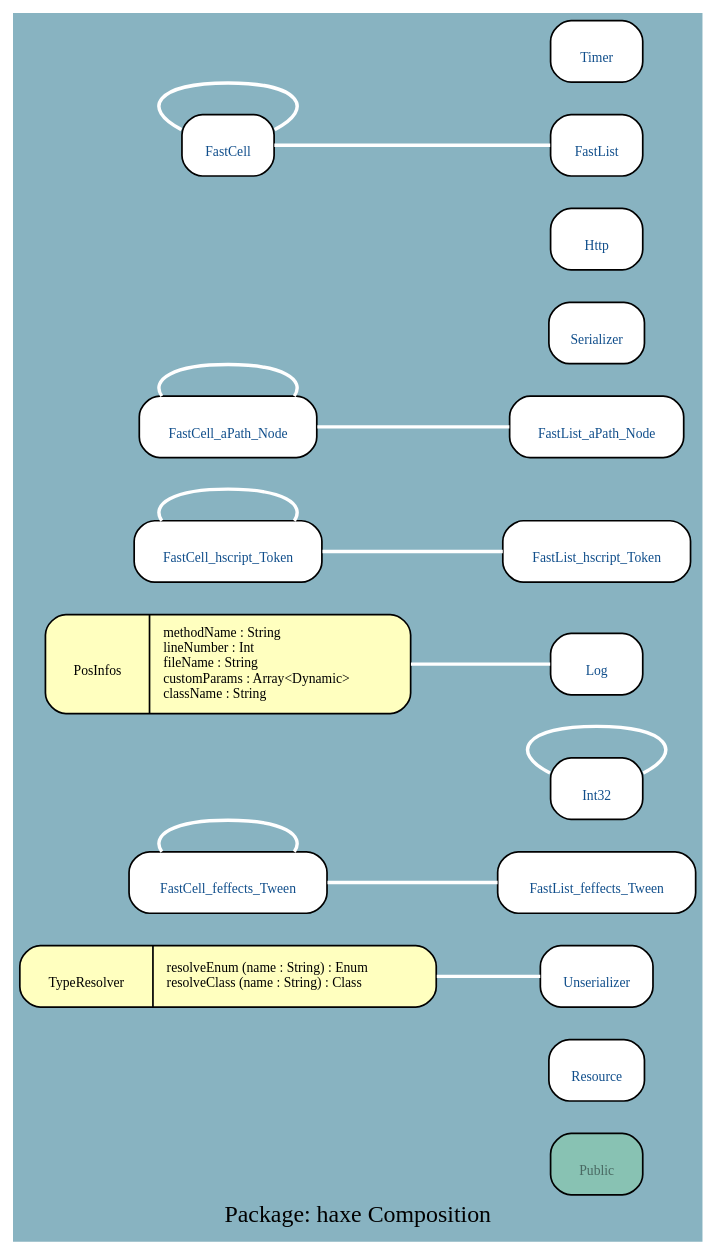
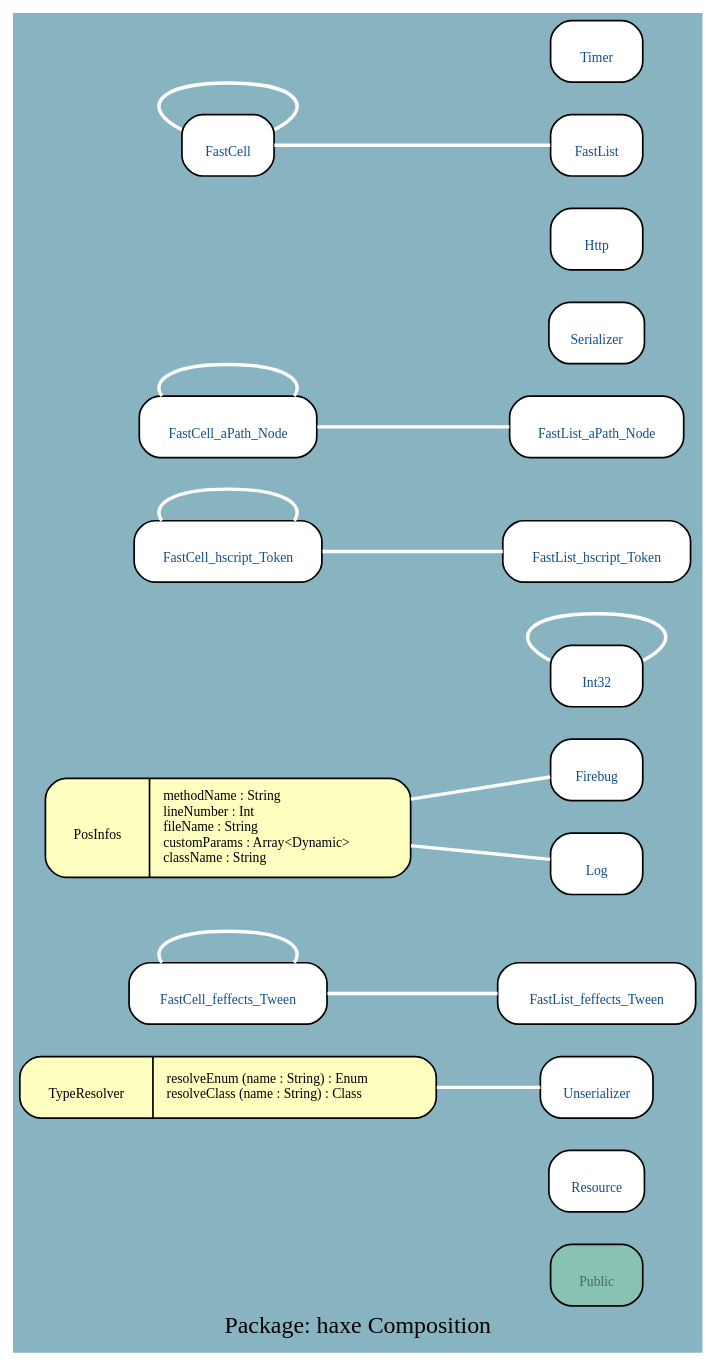
Before and after one commit to google-code-export/haxegui: the diagram in docs/uml/haxe_C.dot, drawn with Graphviz. The commit also changed 315 other files, not shown here.

```diff
--- a/docs/uml/haxe_C.dot
+++ b/docs/uml/haxe_C.dot
@@ -1,36 +1,38 @@
 digraph uml {
 	graph [label="Package: haxe Composition", ratio=compress, rankdir=RL, smoothing=avg_dist, overlap=false, fontname="DejaVu Sans Condenesed", fontsize=14, bgcolor="#88B3C1", fontcolor=black];
 	node [label="\N", fontname="DejaVu Sans Condenesed", fontsize=8, shape=record, color=black, fontcolor=black];
 	edge [fontname="DejaVu Sans Condenesed", fontsize=8, color=black, fontcolor=black];
 	graph [lp="198,12",
-		bb="0,0,396,702"];
+		bb="0,0,396,765"];
 	"haxe.Public" [label="{\nPublic}", fontcolor="#496962", style="rounded,filled", fillcolor="#88c2b3", URL="../types/haxe/Public.html", tooltip="\nPublic", pos="338,43", rects="311,25,365,61", width="0.75", height="0.50"];
 	"haxe.Resource" [label="{\nResource}", fontcolor="#104E8B", style="rounded,filled", fillcolor=white, URL="../types/haxe/Resource.html", tooltip="\nResource", pos="338,97", rects="310,79,366,115", width="0.78", height="0.50"];
 	"haxe.Unserializer" [label="{\nUnserializer}", fontcolor="#104E8B", style="rounded,filled", fillcolor=white, URL="../types/haxe/Unserializer.html", tooltip="\nUnserializer", pos="338,151", rects="305,133,371,169", width="0.92", height="0.50"];
 	"haxe.TypeResolver" [label="{\nTypeResolver|resolveEnum (name : String) : Enum\lresolveClass (name : String) : Class\l}", style="rounded,filled", fillcolor="#ffffbf", pos="122,151", rects="0,133,72,169 72,133,244,169", width="3.39", height="0.50"];
 	"haxe.FastCell_feffects_Tween" [label="{\nFastCell_feffects_Tween}", fontcolor="#104E8B", style="rounded,filled", fillcolor=white, URL="../types/haxe/FastCell_feffects_Tween.html", tooltip="\nFastCell_feffects_Tween", pos="122,205", rects="64,187,181,223", width="1.61", height="0.50"];
-	"haxe.Int32" [label="{\nInt32}", fontcolor="#104E8B", style="rounded,filled", fillcolor=white, URL="../types/haxe/Int32.html", tooltip="\nInt32", pos="338,259", rects="311,241,365,277", width="0.75", height="0.50"];
-	"haxe.PosInfos" [label="{\nPosInfos|methodName : String\llineNumber : Int\lfileName : String\lcustomParams : Array\<Dynamic\>\lclassName : String\l}", style="rounded,filled", fillcolor="#ffffbf", pos="122,331", rects="15,302,68,360 68,302,230,360", width="2.97", height="0.81"];
-	"haxe.FastList_hscript_Token" [label="{\nFastList_hscript_Token}", fontcolor="#104E8B", style="rounded,filled", fillcolor=white, URL="../types/haxe/FastList_hscript_Token.html", tooltip="\nFastList_hscript_Token", pos="338,396", rects="283,378,394,414", width="1.53", height="0.50"];
-	"haxe.FastCell_hscript_Token" [label="{\nFastCell_hscript_Token}", fontcolor="#104E8B", style="rounded,filled", fillcolor=white, URL="../types/haxe/FastCell_hscript_Token.html", tooltip="\nFastCell_hscript_Token", pos="122,396", rects="67,378,178,414", width="1.53", height="0.50"];
-	"haxe.FastCell_aPath_Node" [label="{\nFastCell_aPath_Node}", fontcolor="#104E8B", style="rounded,filled", fillcolor=white, URL="../types/haxe/FastCell_aPath_Node.html", tooltip="\nFastCell_aPath_Node", pos="122,468", rects="70,450,174,486", width="1.44", height="0.50"];
-	"haxe.FastList_aPath_Node" [label="{\nFastList_aPath_Node}", fontcolor="#104E8B", style="rounded,filled", fillcolor=white, URL="../types/haxe/FastList_aPath_Node.html", tooltip="\nFastList_aPath_Node", pos="338,468", rects="287,450,390,486", width="1.42", height="0.50"];
+	"haxe.Firebug" [label="{\nFirebug}", fontcolor="#104E8B", style="rounded,filled", fillcolor=white, URL="../types/haxe/Firebug.html", tooltip="\nFirebug", pos="338,333", rects="311,315,365,351", width="0.75", height="0.50"];
+	"haxe.PosInfos" [label="{\nPosInfos|methodName : String\llineNumber : Int\lfileName : String\lcustomParams : Array\<Dynamic\>\lclassName : String\l}", style="rounded,filled", fillcolor="#ffffbf", pos="122,300", rects="15,271,68,329 68,271,230,329", width="2.97", height="0.81"];
+	"haxe.Int32" [label="{\nInt32}", fontcolor="#104E8B", style="rounded,filled", fillcolor=white, URL="../types/haxe/Int32.html", tooltip="\nInt32", pos="338,387", rects="311,369,365,405", width="0.75", height="0.50"];
+	"haxe.FastList_hscript_Token" [label="{\nFastList_hscript_Token}", fontcolor="#104E8B", style="rounded,filled", fillcolor=white, URL="../types/haxe/FastList_hscript_Token.html", tooltip="\nFastList_hscript_Token", pos="338,459", rects="283,441,394,477", width="1.53", height="0.50"];
+	"haxe.FastCell_hscript_Token" [label="{\nFastCell_hscript_Token}", fontcolor="#104E8B", style="rounded,filled", fillcolor=white, URL="../types/haxe/FastCell_hscript_Token.html", tooltip="\nFastCell_hscript_Token", pos="122,459", rects="67,441,178,477", width="1.53", height="0.50"];
+	"haxe.FastCell_aPath_Node" [label="{\nFastCell_aPath_Node}", fontcolor="#104E8B", style="rounded,filled", fillcolor=white, URL="../types/haxe/FastCell_aPath_Node.html", tooltip="\nFastCell_aPath_Node", pos="122,531", rects="70,513,174,549", width="1.44", height="0.50"];
+	"haxe.FastList_aPath_Node" [label="{\nFastList_aPath_Node}", fontcolor="#104E8B", style="rounded,filled", fillcolor=white, URL="../types/haxe/FastList_aPath_Node.html", tooltip="\nFastList_aPath_Node", pos="338,531", rects="287,513,390,549", width="1.42", height="0.50"];
 	"haxe.FastList_feffects_Tween" [label="{\nFastList_feffects_Tween}", fontcolor="#104E8B", style="rounded,filled", fillcolor=white, URL="../types/haxe/FastList_feffects_Tween.html", tooltip="\nFastList_feffects_Tween", pos="338,205", rects="280,187,396,223", width="1.61", height="0.50"];
-	"haxe.Log" [label="{\nLog}", fontcolor="#104E8B", style="rounded,filled", fillcolor=white, URL="../types/haxe/Log.html", tooltip="\nLog", pos="338,331", rects="311,313,365,349", width="0.75", height="0.50"];
-	"haxe.Serializer" [label="{\nSerializer}", fontcolor="#104E8B", style="rounded,filled", fillcolor=white, URL="../types/haxe/Serializer.html", tooltip="\nSerializer", pos="338,522", rects="310,504,366,540", width="0.78", height="0.50"];
-	"haxe.Http" [label="{\nHttp}", fontcolor="#104E8B", style="rounded,filled", fillcolor=white, URL="../types/haxe/Http.html", tooltip="\nHttp", pos="338,576", rects="311,558,365,594", width="0.75", height="0.50"];
-	"haxe.FastCell" [label="{\nFastCell}", fontcolor="#104E8B", style="rounded,filled", fillcolor=white, URL="../types/haxe/FastCell.html", tooltip="\nFastCell", pos="122,630", rects="95,612,149,648", width="0.75", height="0.50"];
-	"haxe.FastList" [label="{\nFastList}", fontcolor="#104E8B", style="rounded,filled", fillcolor=white, URL="../types/haxe/FastList.html", tooltip="\nFastList", pos="338,630", rects="311,612,365,648", width="0.75", height="0.50"];
-	"haxe.Timer" [label="{\nTimer}", fontcolor="#104E8B", style="rounded,filled", fillcolor=white, URL="../types/haxe/Timer.html", tooltip="\nTimer", pos="338,684", rects="311,666,365,702", width="0.75", height="0.50"];
+	"haxe.Log" [label="{\nLog}", fontcolor="#104E8B", style="rounded,filled", fillcolor=white, URL="../types/haxe/Log.html", tooltip="\nLog", pos="338,279", rects="311,261,365,297", width="0.75", height="0.50"];
+	"haxe.Serializer" [label="{\nSerializer}", fontcolor="#104E8B", style="rounded,filled", fillcolor=white, URL="../types/haxe/Serializer.html", tooltip="\nSerializer", pos="338,585", rects="310,567,366,603", width="0.78", height="0.50"];
+	"haxe.Http" [label="{\nHttp}", fontcolor="#104E8B", style="rounded,filled", fillcolor=white, URL="../types/haxe/Http.html", tooltip="\nHttp", pos="338,639", rects="311,621,365,657", width="0.75", height="0.50"];
+	"haxe.FastCell" [label="{\nFastCell}", fontcolor="#104E8B", style="rounded,filled", fillcolor=white, URL="../types/haxe/FastCell.html", tooltip="\nFastCell", pos="122,693", rects="95,675,149,711", width="0.75", height="0.50"];
+	"haxe.FastList" [label="{\nFastList}", fontcolor="#104E8B", style="rounded,filled", fillcolor=white, URL="../types/haxe/FastList.html", tooltip="\nFastList", pos="338,693", rects="311,675,365,711", width="0.75", height="0.50"];
+	"haxe.Timer" [label="{\nTimer}", fontcolor="#104E8B", style="rounded,filled", fillcolor=white, URL="../types/haxe/Timer.html", tooltip="\nTimer", pos="338,747", rects="311,729,365,765", width="0.75", height="0.50"];
 	"haxe.Unserializer" -> "haxe.TypeResolver" [color=white, style=bold, arrowhead=none, arrowtail=diamond, arrowsize=1, pos="s,305,151 293,151 278,151 261,151 244,151"];
 	"haxe.FastCell_feffects_Tween" -> "haxe.FastCell_feffects_Tween" [color=white, style=bold, arrowhead=none, arrowtail=diamond, arrowsize=1, pos="s,161,223 158,235 152,239 140,241 122,241 90,241 77,233 83,223"];
-	"haxe.Int32" -> "haxe.Int32" [color=white, style=bold, arrowhead=none, arrowtail=diamond, arrowsize=1, pos="s,365,268 375,275 385,285 372,295 338,295 296,295 286,280 311,268"];
-	"haxe.FastList_hscript_Token" -> "haxe.FastCell_hscript_Token" [color=white, style=bold, arrowhead=none, arrowtail=diamond, arrowsize=1, pos="s,283,396 271,396 241,396 206,396 178,396"];
-	"haxe.FastCell_aPath_Node" -> "haxe.FastCell_aPath_Node" [color=white, style=bold, arrowhead=none, arrowtail=diamond, arrowsize=1, pos="s,161,486 158,498 152,502 140,504 122,504 90,504 77,496 83,486"];
-	"haxe.FastList_aPath_Node" -> "haxe.FastCell_aPath_Node" [color=white, style=bold, arrowhead=none, arrowtail=diamond, arrowsize=1, pos="s,287,468 275,468 243,468 205,468 174,468"];
-	"haxe.FastCell_hscript_Token" -> "haxe.FastCell_hscript_Token" [color=white, style=bold, arrowhead=none, arrowtail=diamond, arrowsize=1, pos="s,161,414 158,426 152,430 140,432 122,432 90,432 77,424 83,414"];
+	"haxe.Firebug" -> "haxe.PosInfos" [color=white, style=bold, arrowhead=none, arrowtail=diamond, arrowsize=1, pos="s,311,329 299,327 279,324 255,320 230,317"];
+	"haxe.Int32" -> "haxe.Int32" [color=white, style=bold, arrowhead=none, arrowtail=diamond, arrowsize=1, pos="s,365,396 375,403 385,413 372,423 338,423 296,423 286,408 311,396"];
+	"haxe.FastList_hscript_Token" -> "haxe.FastCell_hscript_Token" [color=white, style=bold, arrowhead=none, arrowtail=diamond, arrowsize=1, pos="s,283,459 271,459 241,459 206,459 178,459"];
+	"haxe.FastCell_aPath_Node" -> "haxe.FastCell_aPath_Node" [color=white, style=bold, arrowhead=none, arrowtail=diamond, arrowsize=1, pos="s,161,549 158,561 152,565 140,567 122,567 90,567 77,559 83,549"];
+	"haxe.FastList_aPath_Node" -> "haxe.FastCell_aPath_Node" [color=white, style=bold, arrowhead=none, arrowtail=diamond, arrowsize=1, pos="s,287,531 275,531 243,531 205,531 174,531"];
+	"haxe.FastCell_hscript_Token" -> "haxe.FastCell_hscript_Token" [color=white, style=bold, arrowhead=none, arrowtail=diamond, arrowsize=1, pos="s,161,477 158,489 152,493 140,495 122,495 90,495 77,487 83,477"];
 	"haxe.FastList_feffects_Tween" -> "haxe.FastCell_feffects_Tween" [color=white, style=bold, arrowhead=none, arrowtail=diamond, arrowsize=1, pos="s,280,205 268,205 240,205 208,205 181,205"];
-	"haxe.Log" -> "haxe.PosInfos" [color=white, style=bold, arrowhead=none, arrowtail=diamond, arrowsize=1, pos="s,311,331 299,331 279,331 255,331 230,331"];
-	"haxe.FastCell" -> "haxe.FastCell" [color=white, style=bold, arrowhead=none, arrowtail=diamond, arrowsize=1, pos="s,149,639 159,646 169,656 156,666 122,666 80,666 70,651 95,639"];
-	"haxe.FastList" -> "haxe.FastCell" [color=white, style=bold, arrowhead=none, arrowtail=diamond, arrowsize=1, pos="s,311,630 299,630 256,630 187,630 149,630"];
+	"haxe.Log" -> "haxe.PosInfos" [color=white, style=bold, arrowhead=none, arrowtail=diamond, arrowsize=1, pos="s,311,282 299,283 279,285 255,287 230,289"];
+	"haxe.FastCell" -> "haxe.FastCell" [color=white, style=bold, arrowhead=none, arrowtail=diamond, arrowsize=1, pos="s,149,702 159,709 169,719 156,729 122,729 80,729 70,714 95,702"];
+	"haxe.FastList" -> "haxe.FastCell" [color=white, style=bold, arrowhead=none, arrowtail=diamond, arrowsize=1, pos="s,311,693 299,693 256,693 187,693 149,693"];
 }
```
